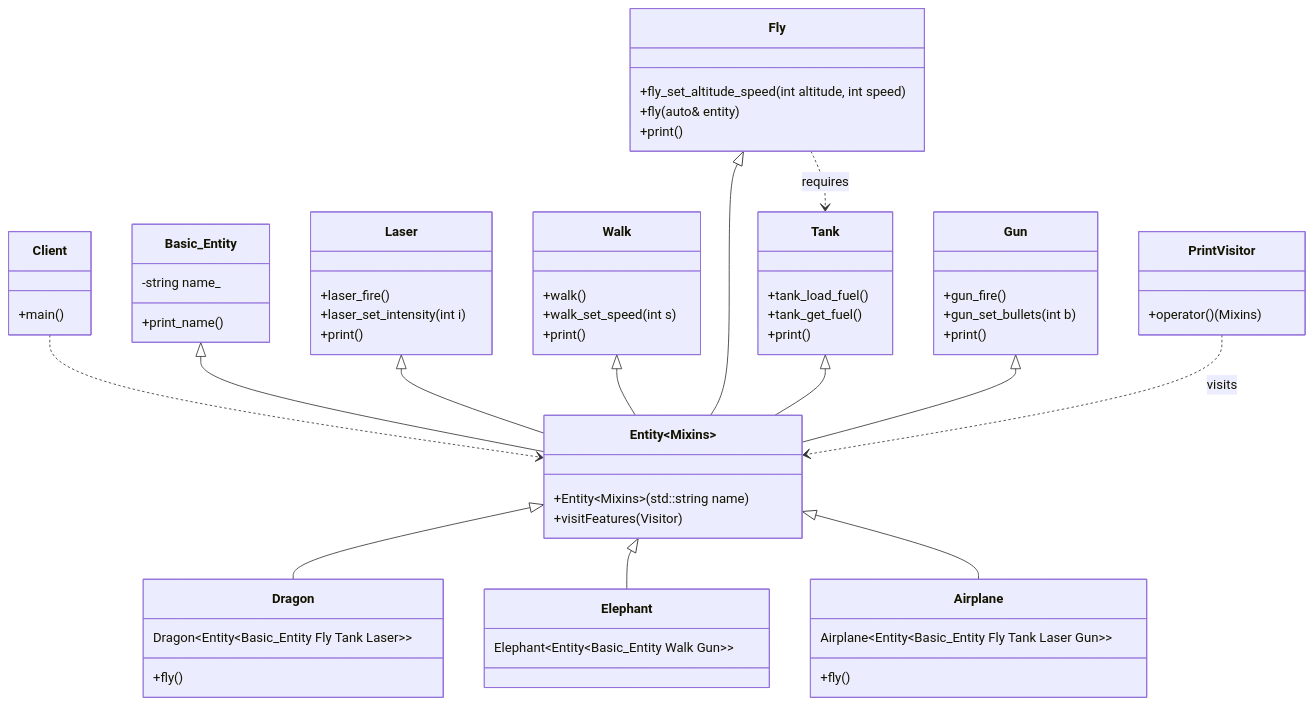
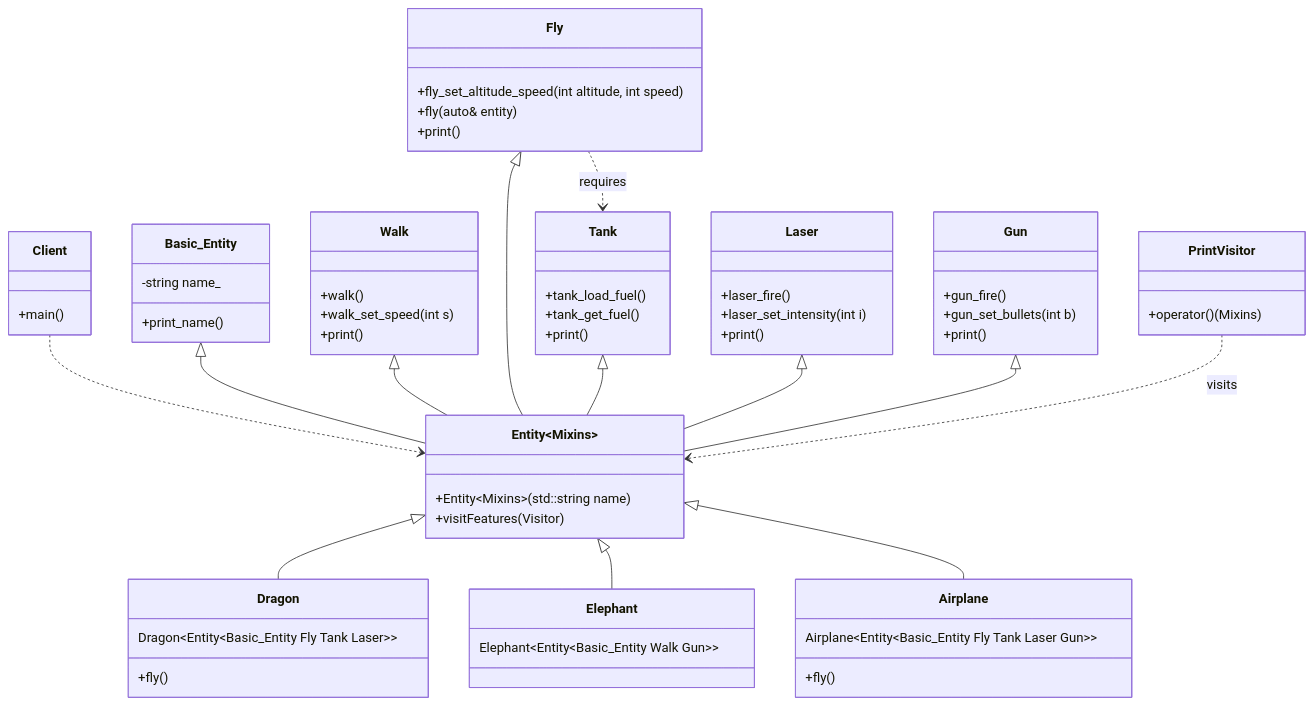
The diagram in 15_Mixin/02_Advanced/diagram.md (Cichlidfishexigency721/Modern-CPP-Design-Patterns), drawn with Mermaid before and after one commit. The commit also changed other lines of this file, not shown here.

Commit message:
UML improvement

````diff
--- a/15_Mixin/02_Advanced/diagram.md
+++ b/15_Mixin/02_Advanced/diagram.md
@@ -3,81 +3,81 @@
 ```mermaid
 classDiagram
 %%---------------------------------------------------------------------- Main:
    class Client {
       +main()
    }
 
 %%---------------------------------------------------- Features (Mixin Parts):
    class Laser {
       +laser_fire()
       +laser_set_intensity(int i)
       +print()
    }
    class Walk {
       +walk()
       +walk_set_speed(int s)
       +print()
    }
    class Gun {
       +gun_fire()
       +gun_set_bullets(int b)
       +print()
    }
    class Tank {
       +tank_load_fuel()
       +tank_get_fuel()
       +print()
    }
    class Fly {
       +fly_set_altitude_speed(int altitude, int speed)
       +fly(auto& entity)
       +print()
    }
 
 %%--------------------------------------------------------------------- Entity:
    class Basic_Entity {
       -string name_
       +print_name()
    }
    class Entity~Mixins~ {
       +Entity~Mixins~(std::string name)
       +visitFeatures(Visitor)
    }
 
 %%------------------------------------------------------------ Mixin Entities:
    class Dragon {
       Dragon~Entity~Basic_Entity Fly Tank Laser~~
       +fly()
    }
    class Elephant {
       Elephant~Entity~Basic_Entity Walk Gun~~
    }
    class Airplane {
       Airplane~Entity~Basic_Entity Fly Tank Laser Gun~~
       +fly()
    }
    class PrintVisitor {
       +operator()(Mixins)
    }
 
 %%----------------------------------------------------------- UML Composition:
    %% Dependencies
    Client ..> Entity~Mixins~
 
    %% Multiple Inheritance (Horizontal Composition)
    Basic_Entity <|-- Entity~Mixins~
-   Laser <|-- Entity~Mixins~
    Walk <|-- Entity~Mixins~
    Fly <|-- Entity~Mixins~
    Tank <|-- Entity~Mixins~
+   Laser <|-- Entity~Mixins~
    Gun <|-- Entity~Mixins~
 
    %% Specific Entities
    Entity~Mixins~ <|-- Dragon
    Entity~Mixins~ <|-- Elephant
    Entity~Mixins~ <|-- Airplane
 
    %% Dependencies
    Fly ..> Tank : requires
    PrintVisitor ..> Entity~Mixins~ : visits
 ```
````
